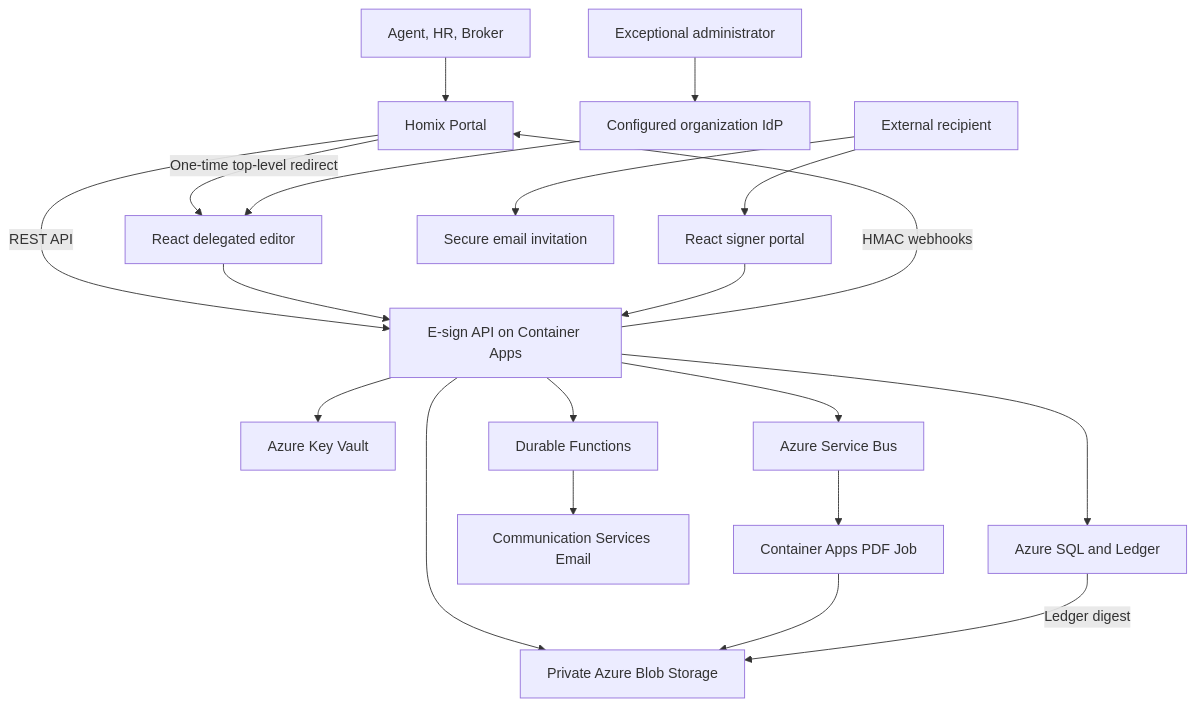
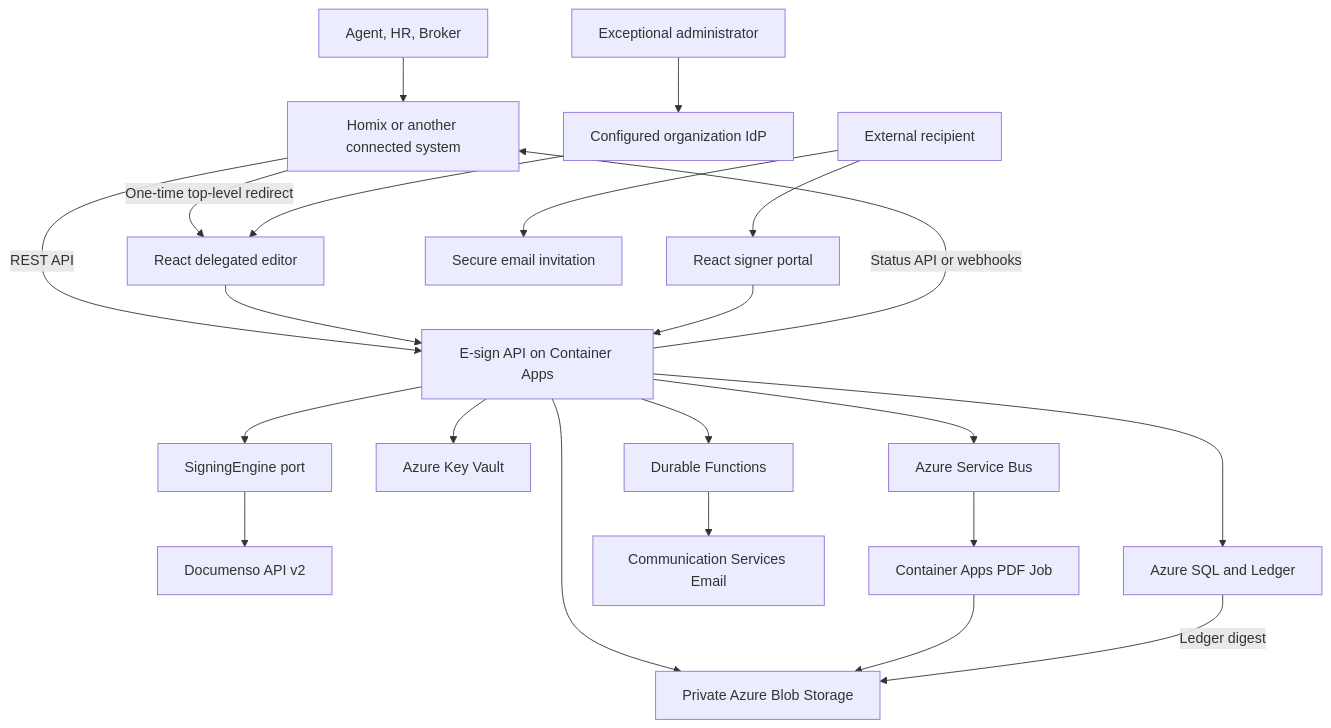
One commit to Kevv-AI-Labs-Inc/kevvesign changed the diagram in PLAN.md. Above: the diagram before and after it, drawn with Mermaid. The commit also changed other lines of this file and 30 other files, not shown here.

Commit message:
Add pluggable integrations and Documenso signing engine

````diff
--- a/PLAN.md
+++ b/PLAN.md
@@ -177,25 +180,27 @@
 ```mermaid
 flowchart TD
-    Staff[Agent, HR, Broker] --> Homix[Homix Portal]
-    Homix -->|REST API| API[E-sign API on Container Apps]
-    API -->|HMAC webhooks| Homix
-    Homix -->|One-time top-level redirect| Editor[React delegated editor]
+    Staff[Agent, HR, Broker] --> Source[Homix or another connected system]
+    Source -->|REST API| API[E-sign API on Container Apps]
+    API -->|Status API or webhooks| Source
+    Source -->|One-time top-level redirect| Editor[React delegated editor]
     Editor --> API
 
     Signer[External recipient] --> SignerPortal[React signer portal]
     SignerPortal --> API
+    API --> Engine[SigningEngine port]
+    Engine --> Documenso[Documenso API v2]
     Admin[Exceptional administrator] --> AdminIdP[Configured organization IdP]
     AdminIdP --> Editor
     Signer --> Invite[Secure email invitation]
 
     API --> SQL[Azure SQL and Ledger]
     API --> Blob[Private Azure Blob Storage]
     API --> Vault[Azure Key Vault]
     API --> Bus[Azure Service Bus]
     API --> Durable[Durable Functions]
 
     Durable --> Email[Communication Services Email]
     Bus --> PDF[Container Apps PDF Job]
     PDF --> Blob
     SQL -->|Ledger digest| Blob
 ```
````
